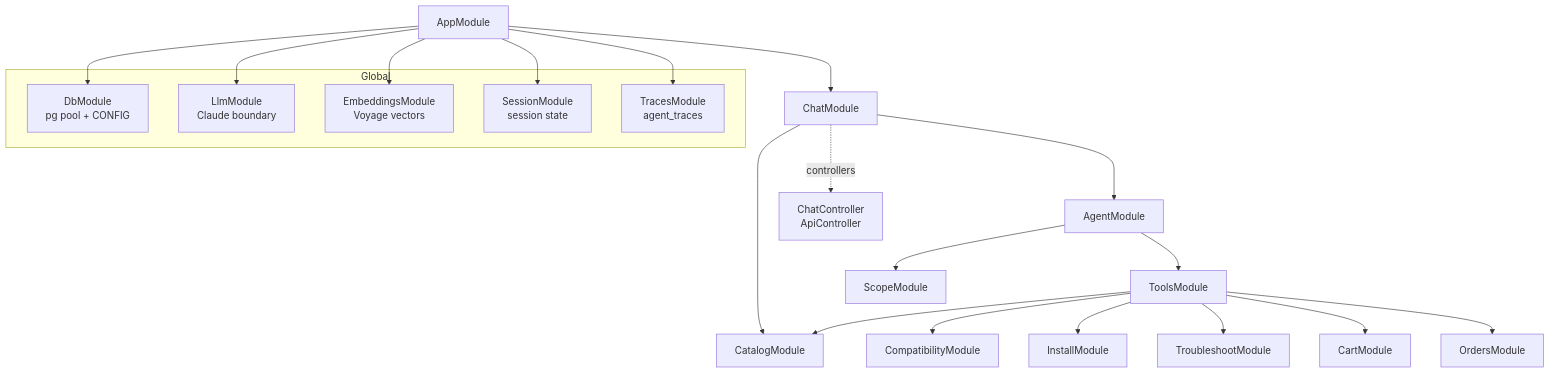
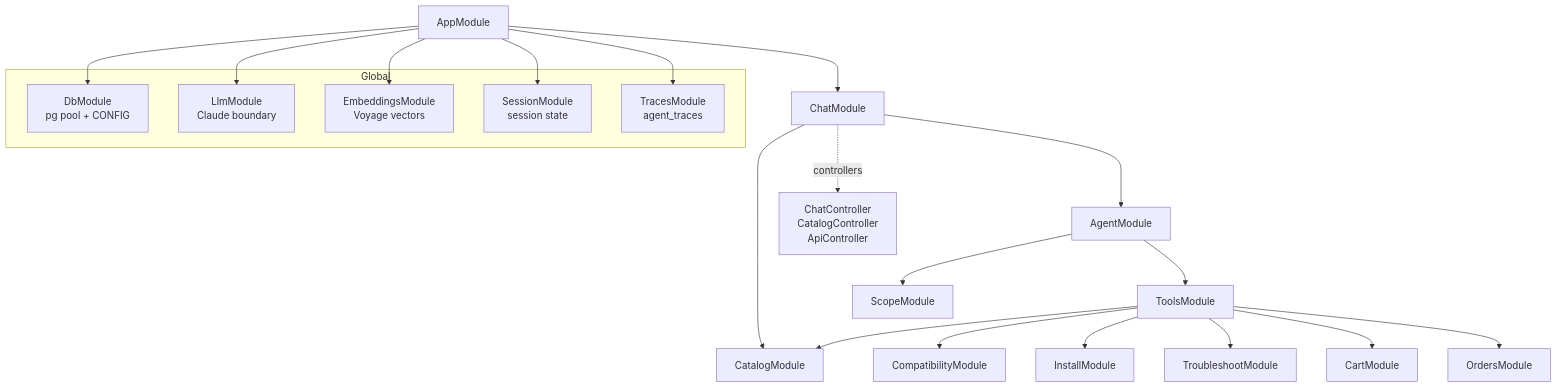
The second of 2 diagrams in backend/README.md (devanshkaria88/partselect-chat), drawn with Mermaid before and after one commit. The commit also changed other lines of this file and 11 other files, not shown here.

````diff
--- a/backend/README.md
+++ b/backend/README.md
@@ -69,33 +69,33 @@
 ```mermaid
 graph TD
     App[AppModule]
 
     subgraph Global
         Db[DbModule<br/>pg pool + CONFIG]
         Llm[LlmModule<br/>Claude boundary]
         Emb[EmbeddingsModule<br/>Voyage vectors]
         Sess[SessionModule<br/>session state]
         Tr[TracesModule<br/>agent_traces]
     end
 
     App --> Db
     App --> Llm
     App --> Emb
     App --> Sess
     App --> Tr
     App --> Chat[ChatModule]
 
     Chat --> Agent[AgentModule]
     Chat --> Cat[CatalogModule]
-    Chat -.controllers.-> Ctrls[ChatController<br/>ApiController]
+    Chat -.controllers.-> Ctrls[ChatController<br/>CatalogController<br/>ApiController]
 
     Agent --> Tools[ToolsModule]
     Agent --> Scope[ScopeModule]
 
     Tools --> Cat
     Tools --> Compat[CompatibilityModule]
     Tools --> Inst[InstallModule]
     Tools --> Tbl[TroubleshootModule]
     Tools --> Cart[CartModule]
     Tools --> Ord[OrdersModule]
 ```
````
